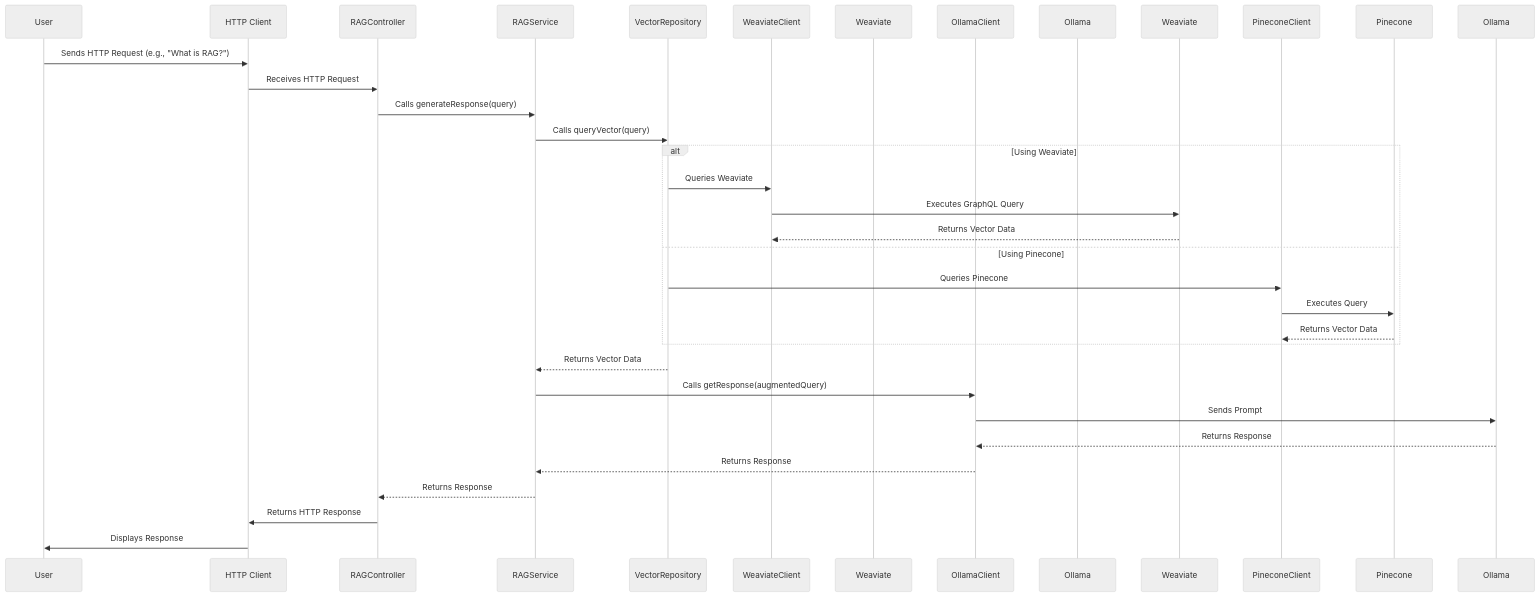
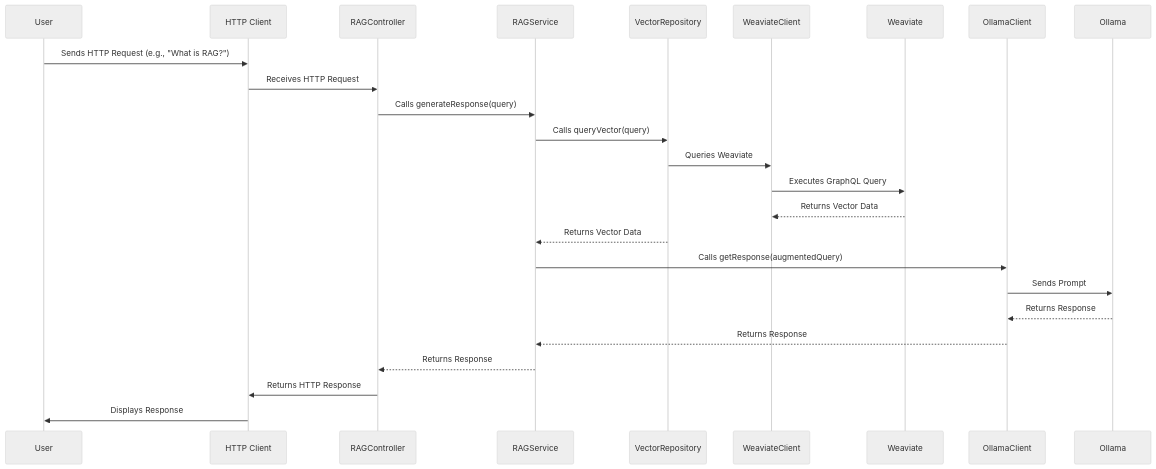
One commit to jeff-gitcode/rag-nodejs-api changed the diagram in README.md. Above: the diagram before and after it, drawn with Mermaid (neutral theme).

````diff
--- a/README.md
+++ b/README.md
@@ -10,34 +10,28 @@
 ```mermaid
 sequenceDiagram
     participant User
     participant HTTP Client
     participant RAGController
     participant RAGService
     participant VectorRepository
     participant WeaviateClient
-    participant WeaviateVectorDB as Weaviate
+    participant Weaviate
     participant OllamaClient
-    participant OllamaLLM as Ollama
+    participant Ollama
 
     User->>HTTP Client: Sends HTTP Request (e.g., "What is RAG?")
     HTTP Client->>RAGController: Receives HTTP Request
     RAGController->>RAGService: Calls generateResponse(query)
     RAGService->>VectorRepository: Calls queryVector(query)
-    alt Using Weaviate
-        VectorRepository->>WeaviateClient: Queries Weaviate
-        WeaviateClient->>Weaviate: Executes GraphQL Query
-        Weaviate-->>WeaviateClient: Returns Vector Data
-    else Using Pinecone
-        VectorRepository->>PineconeClient: Queries Pinecone
-        PineconeClient->>Pinecone: Executes Query
-        Pinecone-->>PineconeClient: Returns Vector Data
-    end
+    VectorRepository->>WeaviateClient: Queries Weaviate
+    WeaviateClient->>Weaviate: Executes GraphQL Query
+    Weaviate-->>WeaviateClient: Returns Vector Data
     VectorRepository-->>RAGService: Returns Vector Data
     RAGService->>OllamaClient: Calls getResponse(augmentedQuery)
     OllamaClient->>Ollama: Sends Prompt
     Ollama-->>OllamaClient: Returns Response
     OllamaClient-->>RAGService: Returns Response
     RAGService-->>RAGController: Returns Response
     RAGController->>HTTP Client: Returns HTTP Response
     HTTP Client->>User: Displays Response
 ```
````
